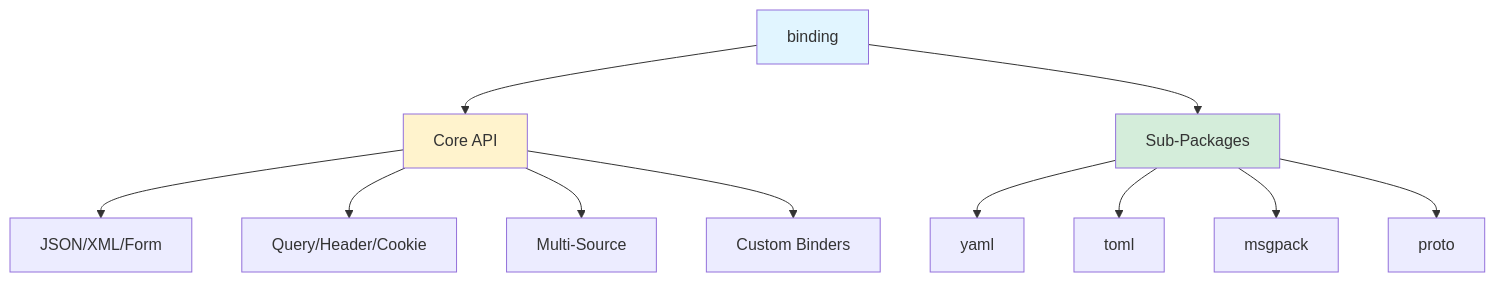
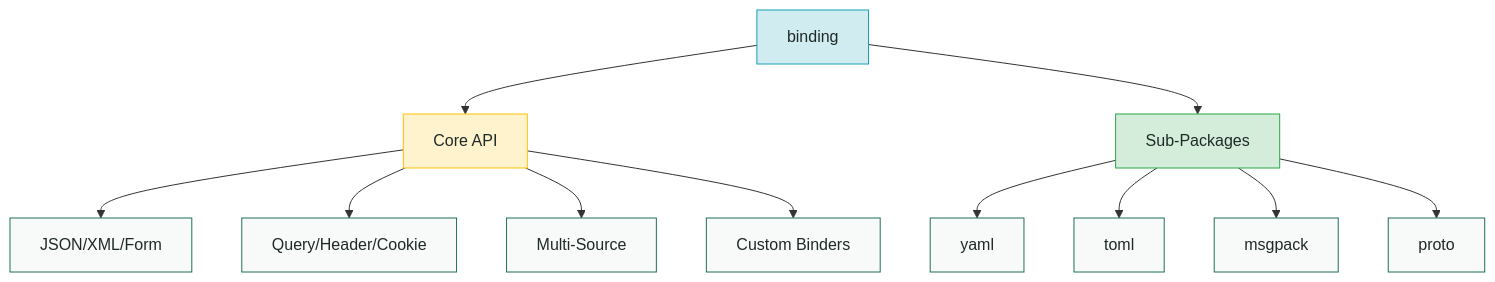
One commit to rivaas-dev/docs changed the diagram in content/en/reference/packages/binding/_index.md. Above: the diagram before and after it, drawn with Mermaid. The commit also changed other lines of this file and 32 other files, not shown here.

````diff
--- a/content/en/reference/packages/binding/_index.md
+++ b/content/en/reference/packages/binding/_index.md
@@ -49,19 +49,20 @@
 ```mermaid
 graph TB
-    A[binding] --> B[Core API]
-    A --> C[Sub-Packages]
+    A[binding]:::info --> B[Core API]:::warning
+    A --> C[Sub-Packages]:::success
     
     B --> B1[JSON/XML/Form]
     B --> B2[Query/Header/Cookie]
     B --> B3[Multi-Source]
     B --> B4[Custom Binders]
     
     C --> C1[yaml]
     C --> C2[toml]
     C --> C3[msgpack]
     C --> C4[proto]
     
-    style A fill:#e1f5ff
-    style B fill:#fff3cd
-    style C fill:#d4edda
+    classDef default fill:#F8FAF9,stroke:#1E6F5C,color:#1F2A27
+    classDef info fill:#D1ECF1,stroke:#17A2B8,color:#1F2A27
+    classDef success fill:#D4EDDA,stroke:#28A745,color:#1F2A27
+    classDef warning fill:#FFF3CD,stroke:#FFC107,color:#1F2A27
 ```
````
